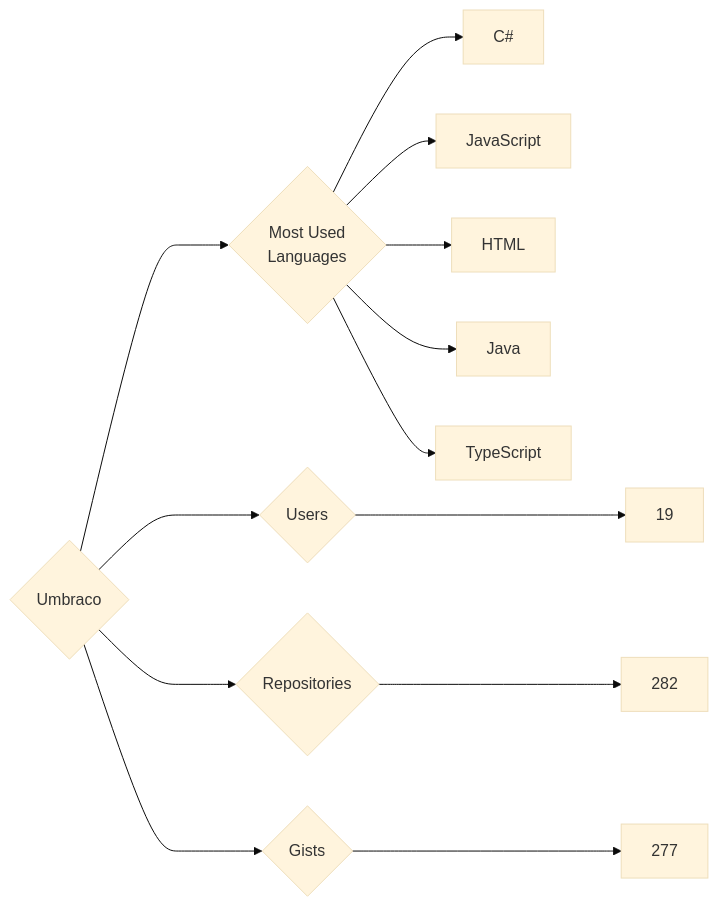
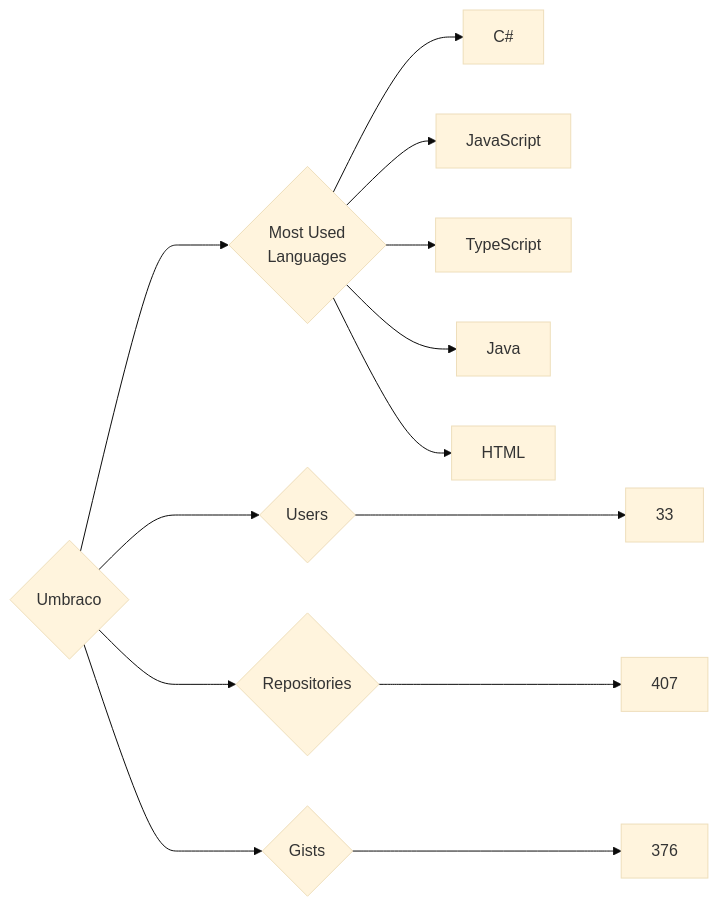
One commit to trickest/insiders changed the diagram in targets/Umbraco/README.md. Above: the diagram before and after it, drawn with Mermaid (base theme). The commit also changed 829 other files, not shown here.

````diff
--- a/targets/Umbraco/README.md
+++ b/targets/Umbraco/README.md
@@ -3,13 +3,13 @@
 ```mermaid
 graph LR
 COMPANY_NAME{Umbraco}
-COMPANY_NAME ---> U{Users} ---> UN[19]
-COMPANY_NAME ---> R{Repositories} ---> RN[282]
-COMPANY_NAME ---> G{Gists} ---> GN[277]
+COMPANY_NAME ---> U{Users} ---> UN[33]
+COMPANY_NAME ---> R{Repositories} ---> RN[407]
+COMPANY_NAME ---> G{Gists} ---> GN[376]
 COMPANY_NAME ---> ML{Most Used<br>Languages}
 ML --> C#[C#]
 ML --> JavaScript[JavaScript]
+ML --> TypeScript[TypeScript]
+ML --> Java[Java]
 ML --> HTML[HTML]
-ML --> Java[Java]
-ML --> TypeScript[TypeScript]
 ```
````
